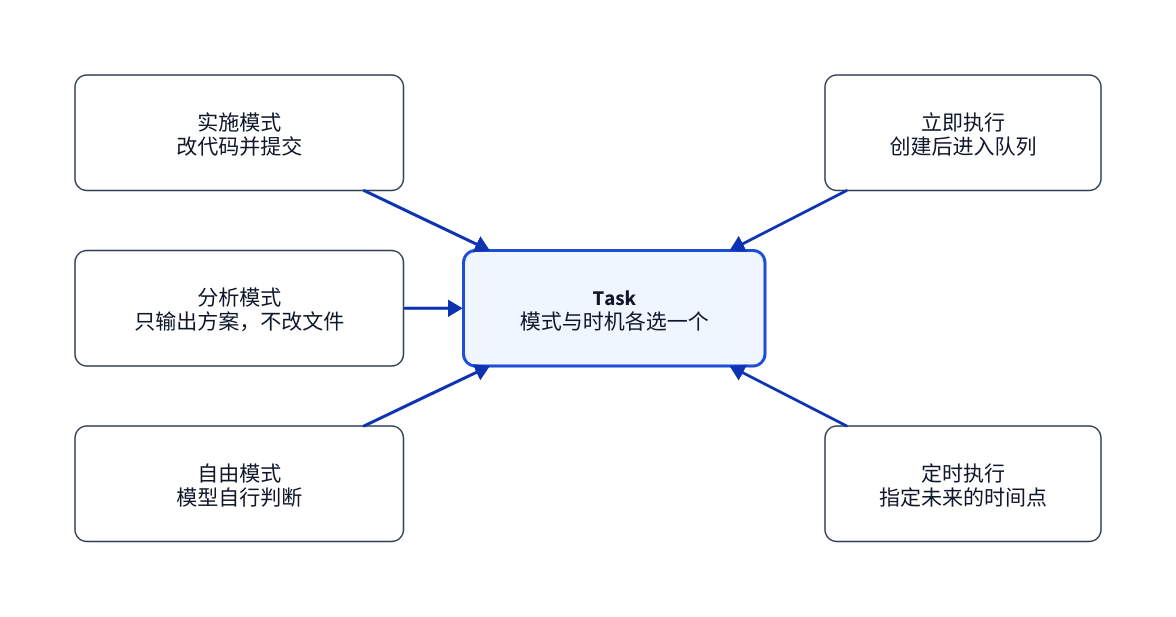
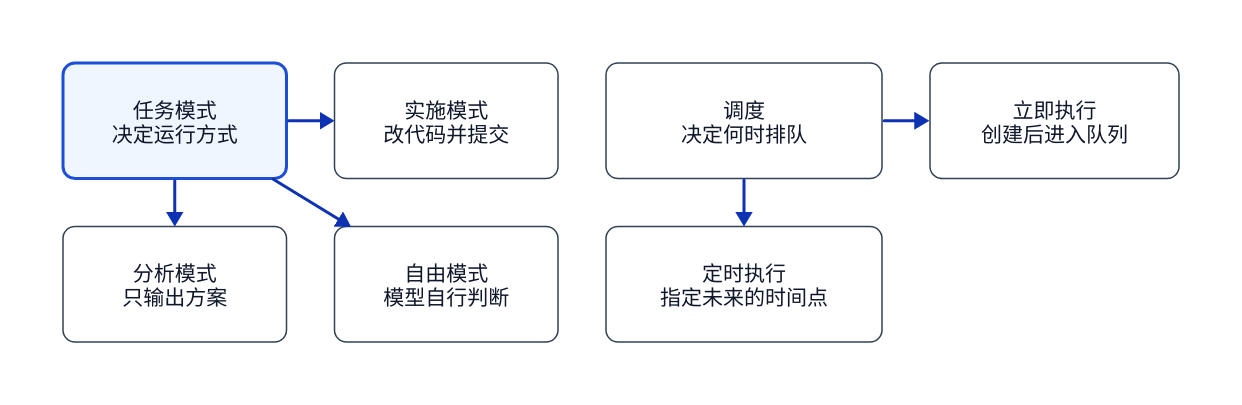
One commit to EeeMt/codify changed the diagram in frontend/src/guide/assets/diagrams/zh-CN/task-mode-choice.d2. Above: the diagram before and after it, drawn with D2. The commit also changed 85 other files, not shown here.

```diff
--- a/frontend/src/guide/assets/diagrams/zh-CN/task-mode-choice.d2
+++ b/frontend/src/guide/assets/diagrams/zh-CN/task-mode-choice.d2
@@ -1,63 +1,64 @@
 # 章节：30-create-task（创建任务）· 任务模式与执行时机
 # 读者要理解：创建任务时要从两组里各选一个——任务模式决定 Harness 是否改代码，
 # 执行时机决定任务什么时候进入调度队列。
 # 渲染：python3 scripts/guide/render-diagrams.py（在仓库根目录执行）
 
 vars: {
   d2-config: {
     layout-engine: elk
   }
 }
 
 direction: right
 
 classes: {
   node: {
     style.fill: "#FFFFFF"
     style.stroke: "#334155"
     style.stroke-width: 1
     style.font-color: "#0F172A"
     style.font-size: 14
     style.border-radius: 8
   }
   accent: {
     style.fill: "#EFF6FF"
     style.stroke: "#1D4ED8"
     style.font-color: "#0F172A"
     style.font-size: 14
     style.border-radius: 8
   }
   external: {
     style.fill: "#F8FAFC"
     style.stroke: "#94A3B8"
     style.stroke-dash: 4
     style.font-color: "#0F172A"
     style.font-size: 14
     style.border-radius: 8
   }
 }
 
+# 两组各占一片：左边是任务模式簇（模式节点加三个选项，逐行绕在它周围，每个选项
+# 都紧挨着自己的父节点），右边是调度簇，带两个时机选项。
 choice: {
   label: ""
-  grid-rows: 3
-  grid-columns: 3
-  grid-gap: 40
+  grid-rows: 2
+  grid-columns: 4
+  grid-gap: 32
   style.fill: transparent
   style.stroke-width: 0
 
-  execute: "实施模式\n改代码并提交" { class: node }
-  blank_a: " " { style.fill: transparent; style.stroke-width: 0 }
+  mode: "任务模式\n决定运行方式" { class: accent }
+  impl: "实施模式\n改代码并提交" { class: node }
+  sched: "调度\n决定何时排队" { class: node }
   now: "立即执行\n创建后进入队列" { class: node }
-  plan: "分析模式\n只输出方案，不改文件" { class: node }
-  task: "Task\n模式与时机各选一个" { class: accent }
-  blank_b: " " { style.fill: transparent; style.stroke-width: 0 }
+  analysis: "分析模式\n只输出方案" { class: node }
   freeform: "自由模式\n模型自行判断" { class: node }
-  blank_c: " " { style.fill: transparent; style.stroke-width: 0 }
   at: "定时执行\n指定未来的时间点" { class: node }
+  gap: " " { style.fill: transparent; style.stroke-width: 0 }
 
-  execute -> task
-  plan -> task
-  freeform -> task
-  now -> task
-  at -> task
+  mode -> impl
+  mode -> analysis
+  mode -> freeform
+  sched -> now
+  sched -> at
 }
```
